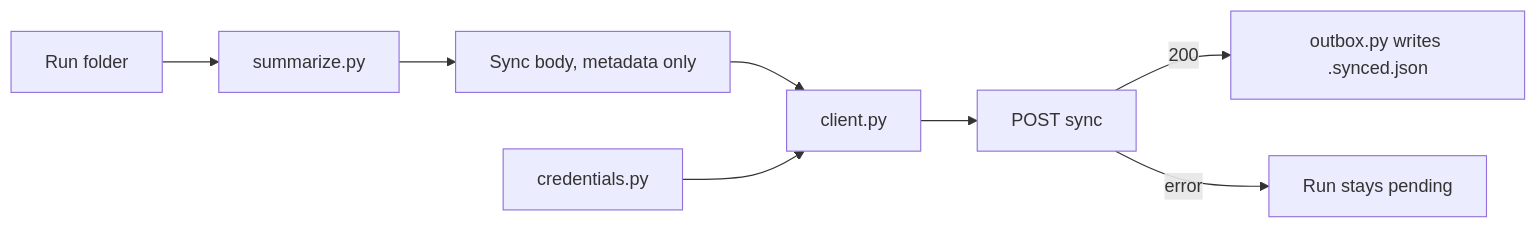
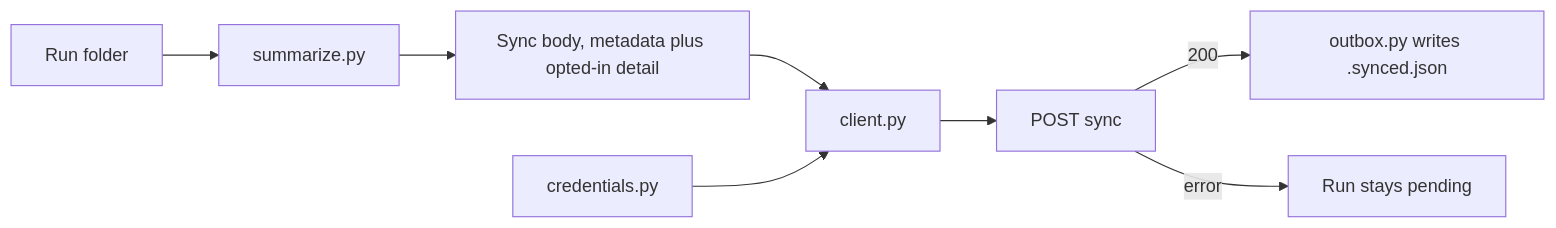
Before and after one commit to Aevrin-ai/modelWrecker: the fourth of 4 diagrams in docs/architecture/data-flow.md, drawn with Mermaid. The commit also changed other lines of this file and 29 other files, not shown here.

````diff
--- a/docs/architecture/data-flow.md
+++ b/docs/architecture/data-flow.md
@@ -83,10 +99,10 @@
 ```mermaid
 flowchart LR
   RUN[Run folder] --> SUM[summarize.py]
-  SUM --> BODY[Sync body, metadata only]
+  SUM --> BODY[Sync body, metadata plus opted-in detail]
   BODY --> CLI[client.py]
   CRED[credentials.py] --> CLI
   CLI --> API[POST sync]
   API -- 200 --> MARK[outbox.py writes .synced.json]
   API -- error --> KEEP[Run stays pending]
 ```
````
